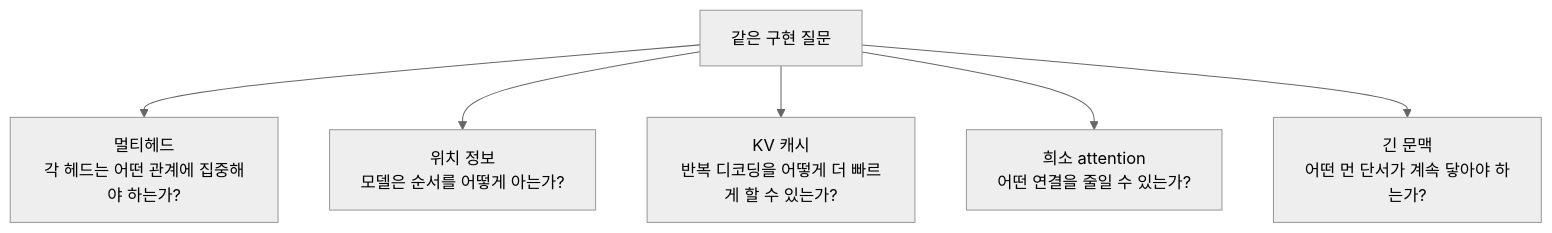
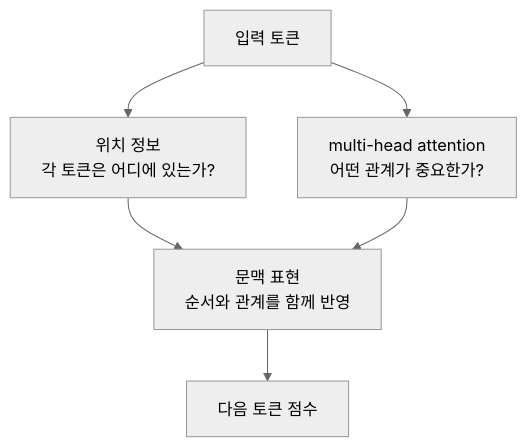
One commit to devchan64/AiBook changed the diagram in docs/assets/part-06/chapter-03/p6-c03-s03-diagram-01-ko.mmd. Above: the diagram before and after it, drawn with Mermaid (neutral theme). The commit also changed 21 other files, not shown here.

Commit message:
Refine Part 6 chapter 3 practice flow

```diff
--- a/docs/assets/part-06/chapter-03/p6-c03-s03-diagram-01-ko.mmd
+++ b/docs/assets/part-06/chapter-03/p6-c03-s03-diagram-01-ko.mmd
@@ -1,13 +1,12 @@
 flowchart TD
-  A["같은 구현 질문"]
-  B["멀티헤드<br/>각 헤드는 어떤 관계에 집중해야 하는가?"]
-  C["위치 정보<br/>모델은 순서를 어떻게 아는가?"]
-  D["KV 캐시<br/>반복 디코딩을 어떻게 더 빠르게 할 수 있는가?"]
-  E["희소 attention<br/>어떤 연결을 줄일 수 있는가?"]
-  F["긴 문맥<br/>어떤 먼 단서가 계속 닿아야 하는가?"]
+  A["입력 토큰"]
+  B["위치 정보<br/>각 토큰은 어디에 있는가?"]
+  C["multi-head attention<br/>어떤 관계가 중요한가?"]
+  D["문맥 표현<br/>순서와 관계를 함께 반영"]
+  E["다음 토큰 점수"]
 
   A --> B
   A --> C
-  A --> D
-  A --> E
-  A --> F
+  B --> D
+  C --> D
+  D --> E
```
